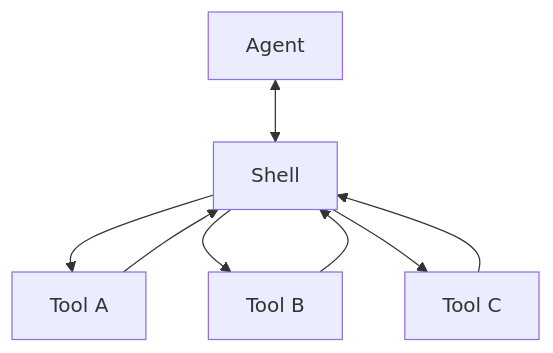
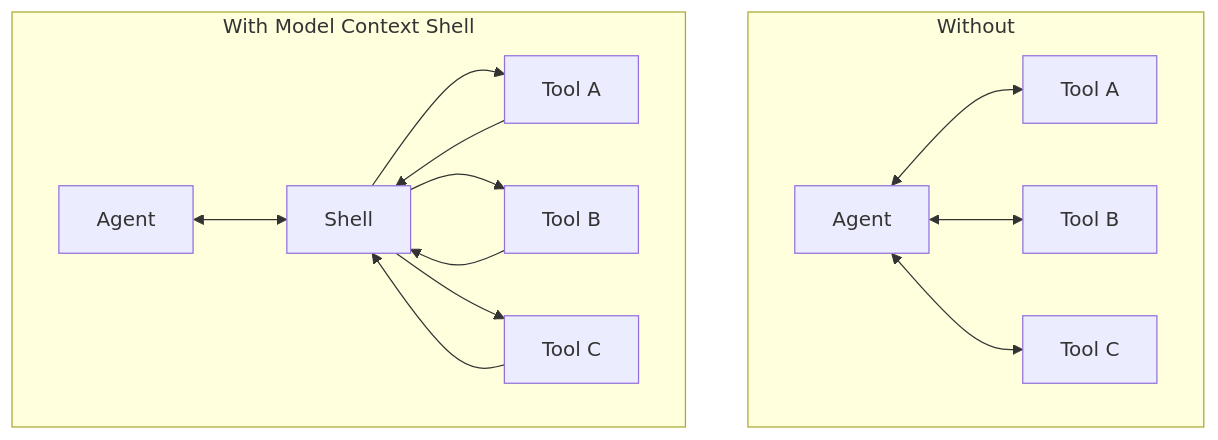
Before and after one commit to StacklokLabs/model-context-shell: the diagram in README.md, drawn with Mermaid. The commit also changed other lines of this file, not shown here.

````diff
--- a/README.md
+++ b/README.md
@@ -34,20 +24,15 @@
 ```mermaid
 flowchart TB
-    A[Agent]
-    S[Shell]
-
-    T1[Tool A]
-    T2[Tool B]
-    T3[Tool C]
-
-    A <--> S
-
-    S --> T1
-    T1 --> S
-
-    S --> T2
-    T2 --> S
-
-    S --> T3
-    T3 --> S
+    subgraph without["Without"]
+        A1[Agent]
+        A1 <--> T1a[Tool A]
+        A1 <--> T2a[Tool B]
+        A1 <--> T3a[Tool C]
+    end
+    subgraph with["With Model Context Shell"]
+        A2[Agent] <--> S[Shell]
+        S --> T1b[Tool A] --> S
+        S --> T2b[Tool B] --> S
+        S --> T3b[Tool C] --> S
+    end
 ```
````
